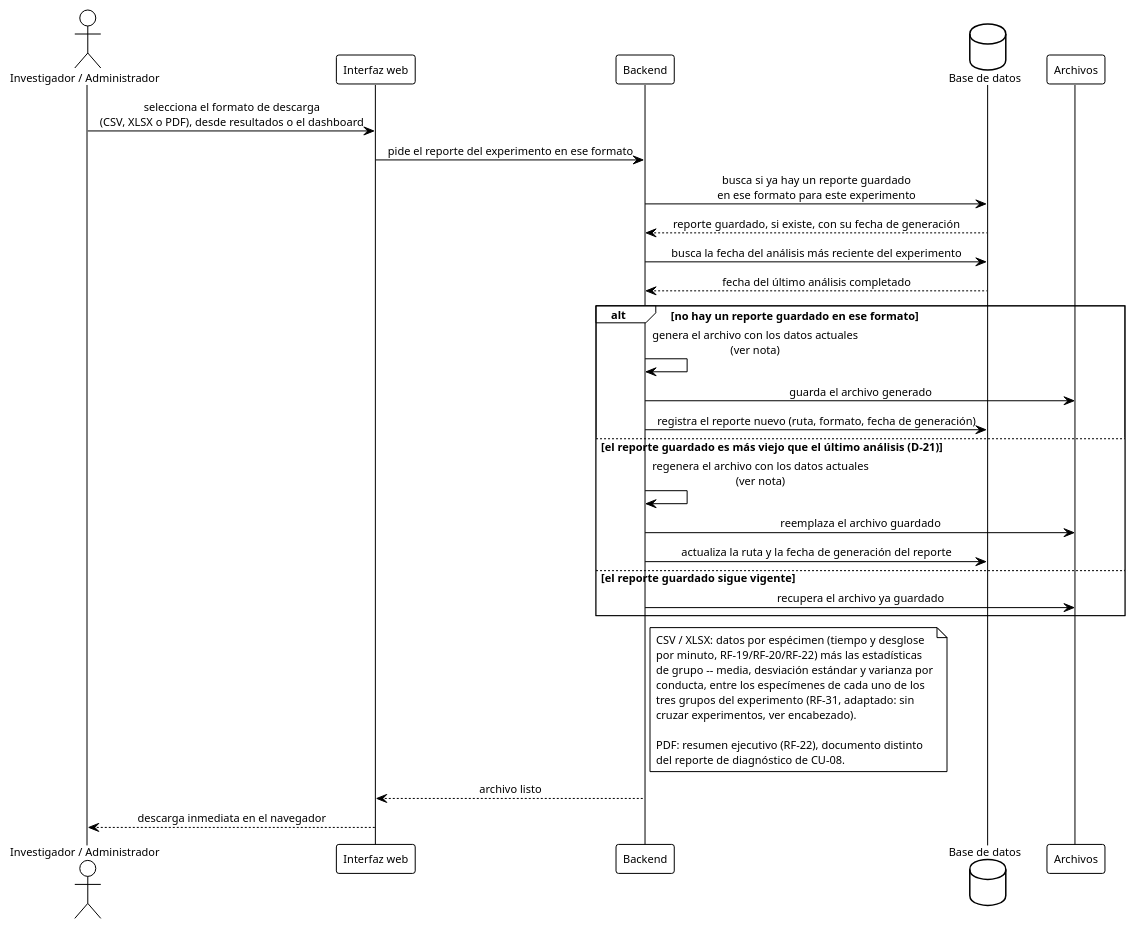
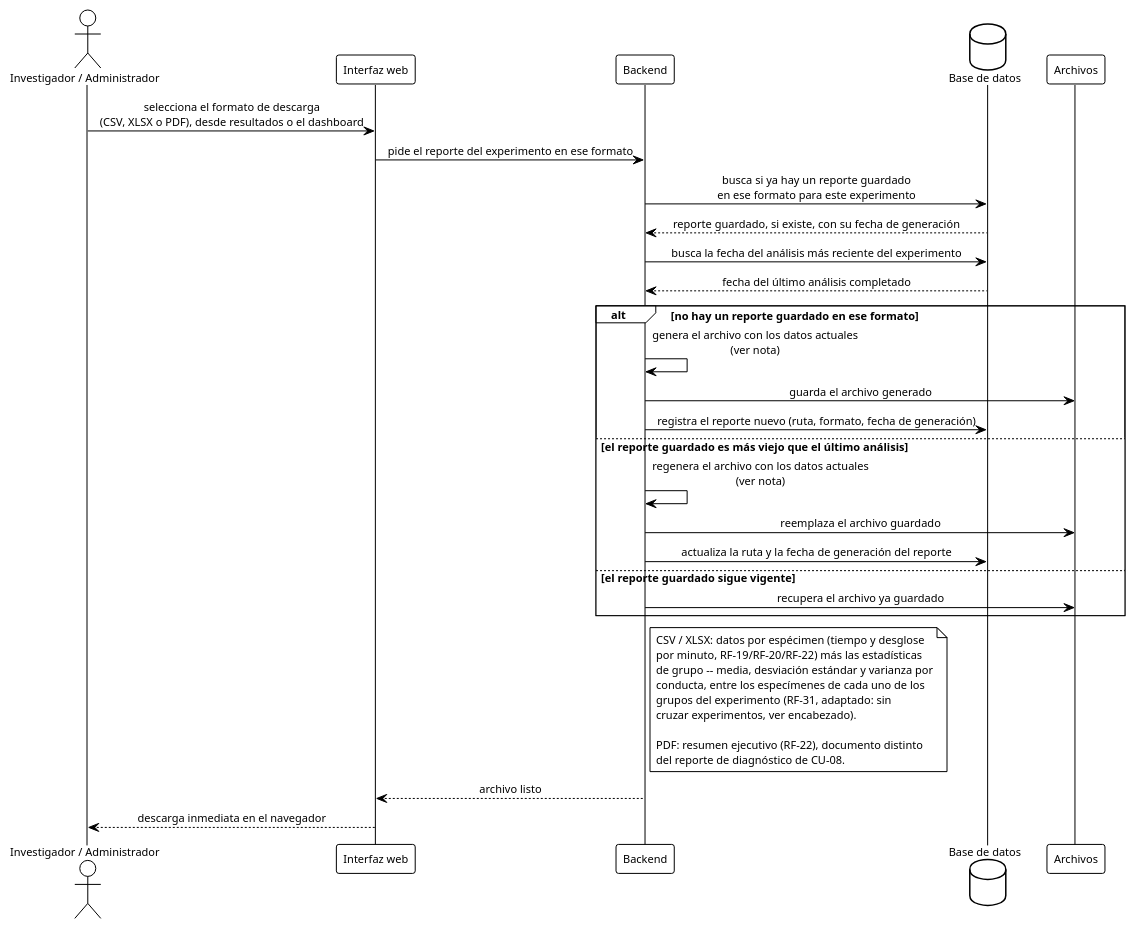
The diagram in diagramas/seq_descarga_reportes.puml (ErickJester/fst-ai-system-latex), drawn with PlantUML before and after one commit. The commit also changed 12 other files, not shown here.

```diff
--- a/diagramas/seq_descarga_reportes.puml
+++ b/diagramas/seq_descarga_reportes.puml
@@ -1,91 +1,91 @@
 @startuml seq_descarga_reportes
 ' ================================================================
 '  Secuencia - Descarga de reportes (CSV, XLSX o PDF)
 '  Base de datos FST | TT 2026-B066 | ESCOM-IPN
 '  Frausto Robles Angel Ali . Rodriguez Verdin Sandoval Vanesa
 ' ----------------------------------------------------------------
 '  Reemplaza a figures/mermaid/seq_reportes.png. Cubre CU-10
 '  "Descargar reporte" (chapters/05_diseno.tex:1602-1644, RF-22,
 '  RF-31), que no tiene cursos alternos documentados en el .tex --
 '  el unico curso alterno que agrega este diagrama (cache vencido
 '  por reanalisis) viene de D-21, no de CU-10.
 '
 '  Que cubre y con que fuente:
 '  - Contenido de CSV/XLSX: datos individuales por especimen (RF-19,
 '    RF-20, RF-22: tiempo y desglose por minuto, columnas Tiempo,
 '    Nado, Escalamiento, Inmovilidad) MAS estadisticas de grupo
 '    -- media, desviacion estandar y varianza por conducta -- que
 '    RF-31 exige incluir "junto con los datos individuales" en el
 '    mismo archivo descargable.
 '  - Contenido de PDF: "resumen ejecutivo" (RF-22, ultima oracion) --
 '    un documento distinto del reporte de diagnostico de CU-08 (ese
 '    es solo para analisis en estado "error").
 '  - Alcance de las estadisticas de grupo: RF-31 las describe "a
 '    partir de los experimentos que comparten el mismo tratamiento"
 '    (cruzando VARIOS experimentos), pero el sistema no modela ese
 '    nivel -- no hay "Proyecto" (Q-D, preguntas-doctor.md SS2) ni
 '    relacion entre experimentos, y REPORTE solo tiene FK a UN
 '    EXPERIMENTO. Aqui se calculan las estadisticas de los tres
 '    grupos DENTRO del experimento actual (control/referencia/
 '    tratamiento), igual que seq_consulta_resultados.puml -- esa
 '    parte de RF-31 esta obsoleta, ya se sabia por Q-D.
 '  - Cache y regeneracion (D-21, 13-sep): REPORTE.ruta es clave
 '    alterna y CU-10 dice "el sistema genera O RECUPERA el archivo",
 '    o sea que ya se preveia cachear. D-21 agrega la regla de
 '    invalidacion que faltaba: si hay un analisis mas reciente que
 '    el reporte guardado (reanalisis, D-03), se regenera; si no, se
 '    reusa el archivo existente.
 '
 '  Generar:
 '      java -jar plantuml.jar -tpng diagramas/seq_descarga_reportes.puml
 ' ================================================================
 
 !theme plain
 skinparam defaultFontName Arial
 skinparam defaultFontSize 11
 skinparam shadowing false
 skinparam sequenceMessageAlign center
 skinparam BoxPadding 10
 
 actor "Investigador / Administrador" as inv
 participant "Interfaz web" as ui
 participant Backend as api
 database "Base de datos" as db
 participant "Archivos" as fs
 
 inv -> ui: selecciona el formato de descarga\n(CSV, XLSX o PDF), desde resultados o el dashboard
 ui -> api: pide el reporte del experimento en ese formato
 
 api -> db: busca si ya hay un reporte guardado\nen ese formato para este experimento
 db --> api: reporte guardado, si existe, con su fecha de generación
 api -> db: busca la fecha del análisis más reciente del experimento
 db --> api: fecha del último análisis completado
 
 alt no hay un reporte guardado en ese formato
   api -> api: genera el archivo con los datos actuales\n(ver nota)
   api -> fs: guarda el archivo generado
   api -> db: registra el reporte nuevo (ruta, formato, fecha de generación)
-else el reporte guardado es más viejo que el último análisis (D-21)
+else el reporte guardado es más viejo que el último análisis
   api -> api: regenera el archivo con los datos actuales\n(ver nota)
   api -> fs: reemplaza el archivo guardado
   api -> db: actualiza la ruta y la fecha de generación del reporte
 else el reporte guardado sigue vigente
   api -> fs: recupera el archivo ya guardado
 end
 
 note right of api
   CSV / XLSX: datos por espécimen (tiempo y desglose
   por minuto, RF-19/RF-20/RF-22) más las estadísticas
   de grupo -- media, desviación estándar y varianza por
   conducta, entre los especímenes de cada uno de los
-  tres grupos del experimento (RF-31, adaptado: sin
+  grupos del experimento (RF-31, adaptado: sin
   cruzar experimentos, ver encabezado).
 
   PDF: resumen ejecutivo (RF-22), documento distinto
   del reporte de diagnóstico de CU-08.
 end note
 
 api --> ui: archivo listo
 ui --> inv: descarga inmediata en el navegador
 
 @enduml
```
